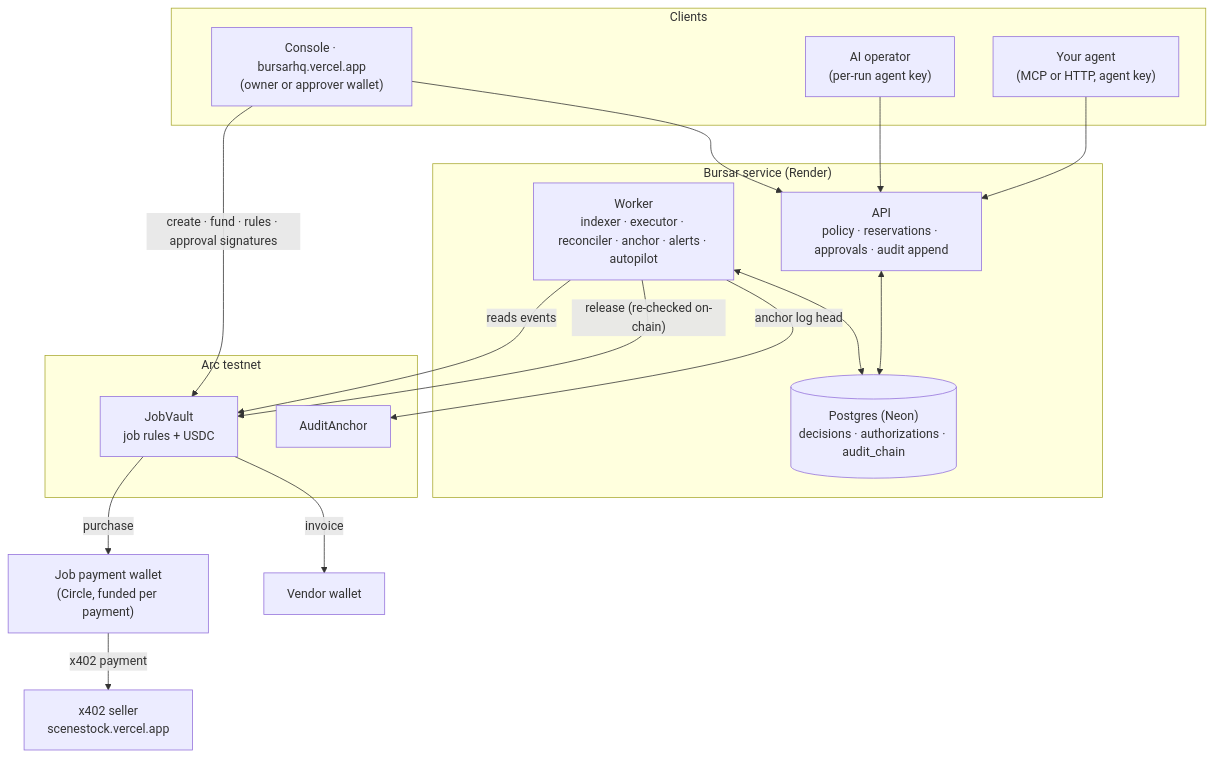
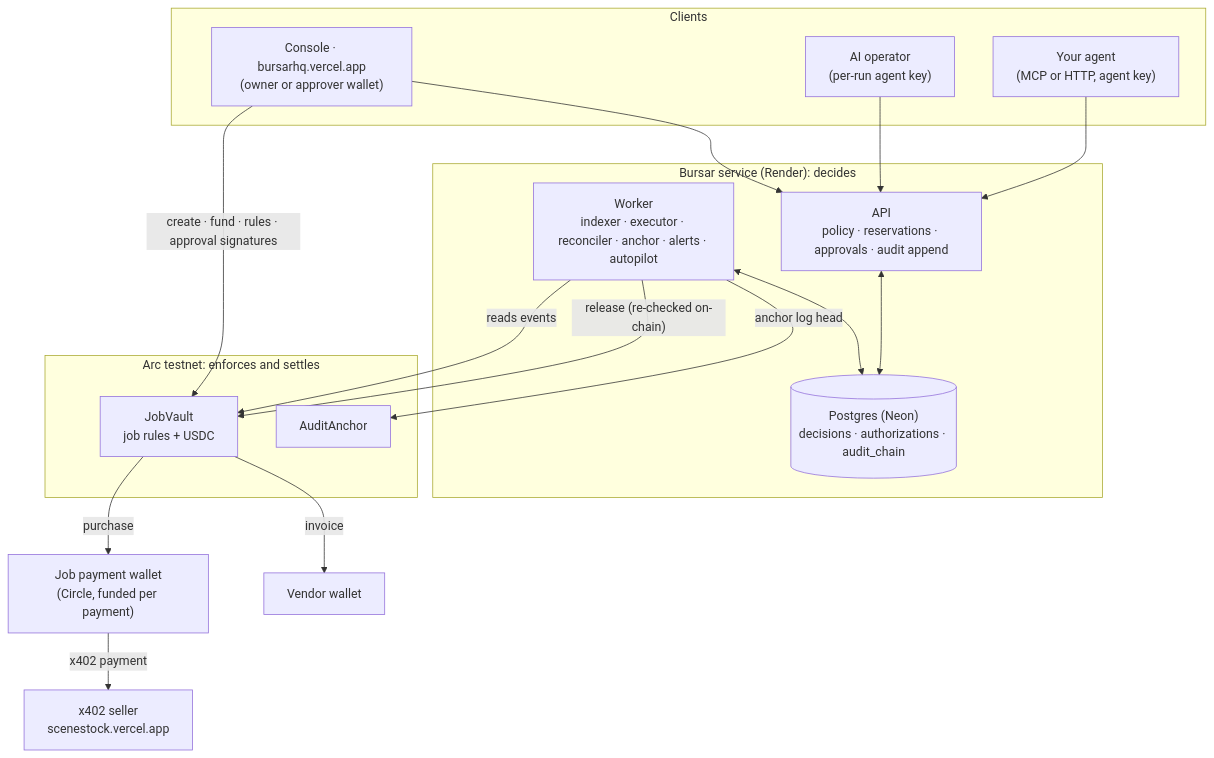
One commit to Dami904/bursar changed the first of 3 diagrams in README.md. Above: the diagram before and after it, drawn with Mermaid. The commit also changed other lines of this file, not shown here.

Commit message:
README: problem-first story, the invariant, Proven on Arc, payment sequence and states, JobVault's checks, tested-not-claimed, demo video spot

````diff
--- a/README.md
+++ b/README.md
@@ -149,33 +181,33 @@
 ```mermaid
 flowchart TD
   subgraph Clients
     A["Your agent<br/>(MCP or HTTP, agent key)"]
     O["AI operator<br/>(per-run agent key)"]
     C["Console · bursarhq.vercel.app<br/>(owner or approver wallet)"]
   end
-  subgraph Bursar["Bursar service (Render)"]
+  subgraph Bursar["Bursar service (Render): decides"]
     API["API<br/>policy · reservations · approvals · audit append"]
     W["Worker<br/>indexer · executor · reconciler · anchor · alerts · autopilot"]
     DB[("Postgres (Neon)<br/>decisions · authorizations · audit_chain")]
   end
-  subgraph Arc["Arc testnet"]
+  subgraph Arc["Arc testnet: enforces and settles"]
     V["JobVault<br/>job rules + USDC"]
     AA["AuditAnchor"]
   end
   JW["Job payment wallet<br/>(Circle, funded per payment)"]
   S["x402 seller<br/>scenestock.vercel.app"]
   VEN["Vendor wallet"]
 
   A --> API
   O --> API
   C --> API
   C -- "create · fund · rules · approval signatures" --> V
   API <--> DB
   W <--> DB
   W -- "release (re-checked on-chain)" --> V
   V -- "purchase" --> JW
   V -- "invoice" --> VEN
   JW -- "x402 payment" --> S
   W -- "anchor log head" --> AA
   W -- "reads events" --> V
 ```
````
